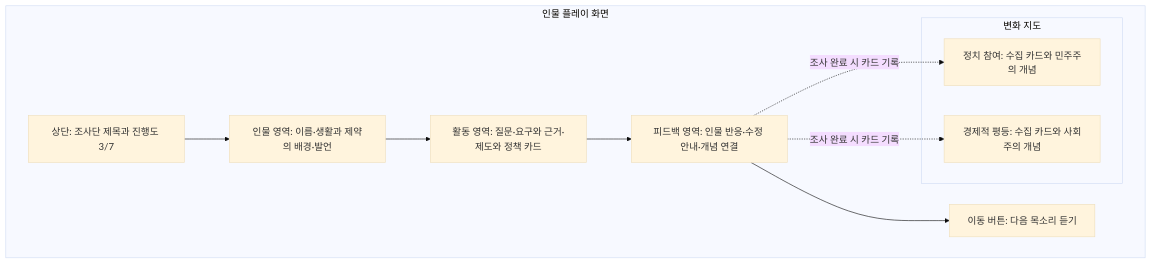
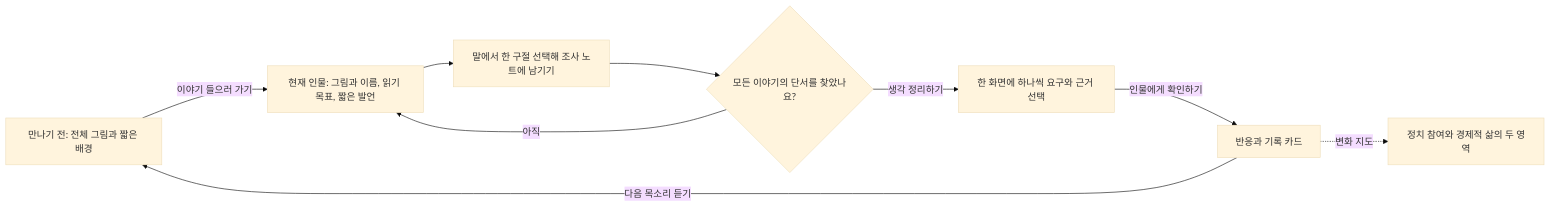
The third of 10 diagrams in docs/DIAGRAMS.md (bon17/1919choice), drawn with Mermaid (base theme) before and after one commit. The commit also changed other lines of this file and 12 other files, not shown here.

````diff
--- a/docs/DIAGRAMS.md
+++ b/docs/DIAGRAMS.md
@@ -52,17 +52,11 @@
 ```mermaid
-flowchart TB
-    subgraph Screen[인물 플레이 화면]
-        A[상단: 조사단 제목과 진행도 3/7]
-        B[인물 영역: 이름·생활과 제약의 배경·발언]
-        C[활동 영역: 질문·요구와 근거·제도와 정책 카드]
-        D[피드백 영역: 인물 반응·수정 안내·개념 연결]
-        E[이동 버튼: 다음 목소리 듣기]
-        subgraph Map[변화 지도]
-            F[정치 참여: 수집 카드와 민주주의 개념]
-            G[경제적 평등: 수집 카드와 사회주의 개념]
-        end
-    end
-    A --> B --> C --> D --> E
-    D -. 조사 완료 시 카드 기록 .-> F
-    D -. 조사 완료 시 카드 기록 .-> G
+flowchart LR
+    A[만나기 전: 전체 그림과 짧은 배경] -->|이야기 들으러 가기| B[현재 인물: 그림과 이름, 읽기 목표, 짧은 발언]
+    B --> C[말에서 한 구절 선택해 조사 노트에 남기기]
+    C --> D{모든 이야기의 단서를 찾았나요?}
+    D -->|아직| B
+    D -->|생각 정리하기| E[한 화면에 하나씩 요구와 근거 선택]
+    E -->|인물에게 확인하기| F[반응과 기록 카드]
+    F -->|다음 목소리 듣기| A
+    F -. 변화 지도 .-> G[정치 참여와 경제적 삶의 두 영역]
 ```
````
